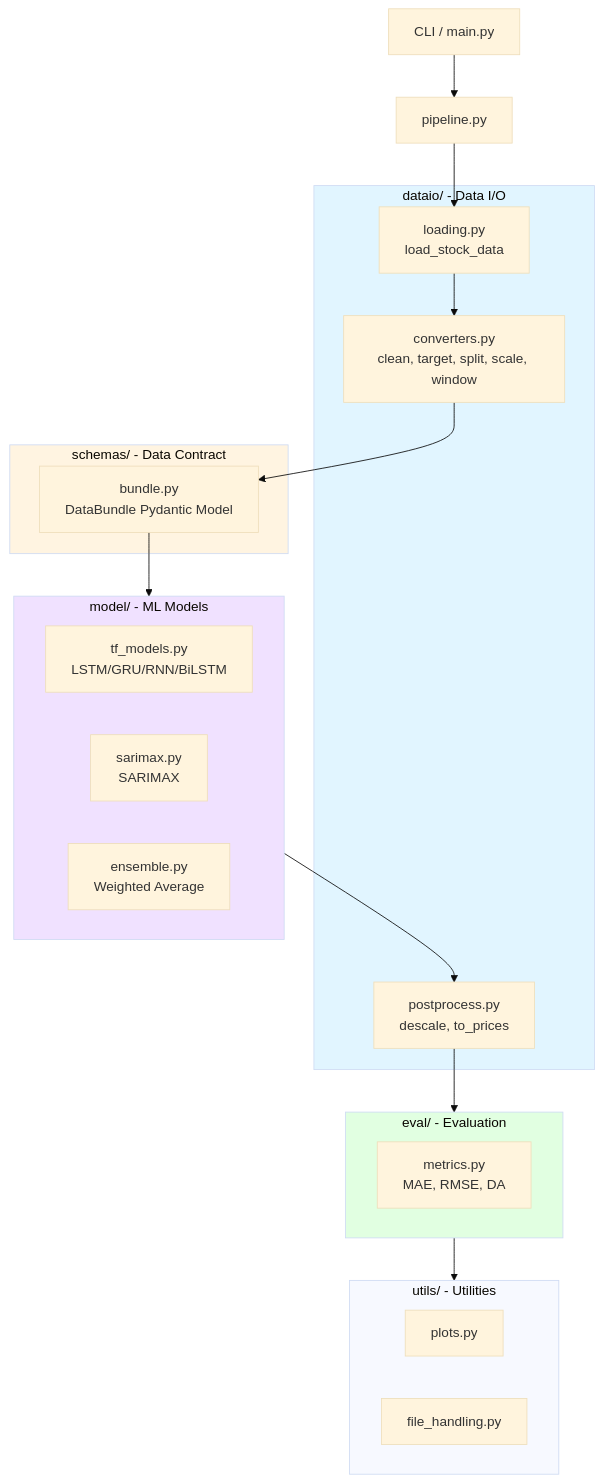
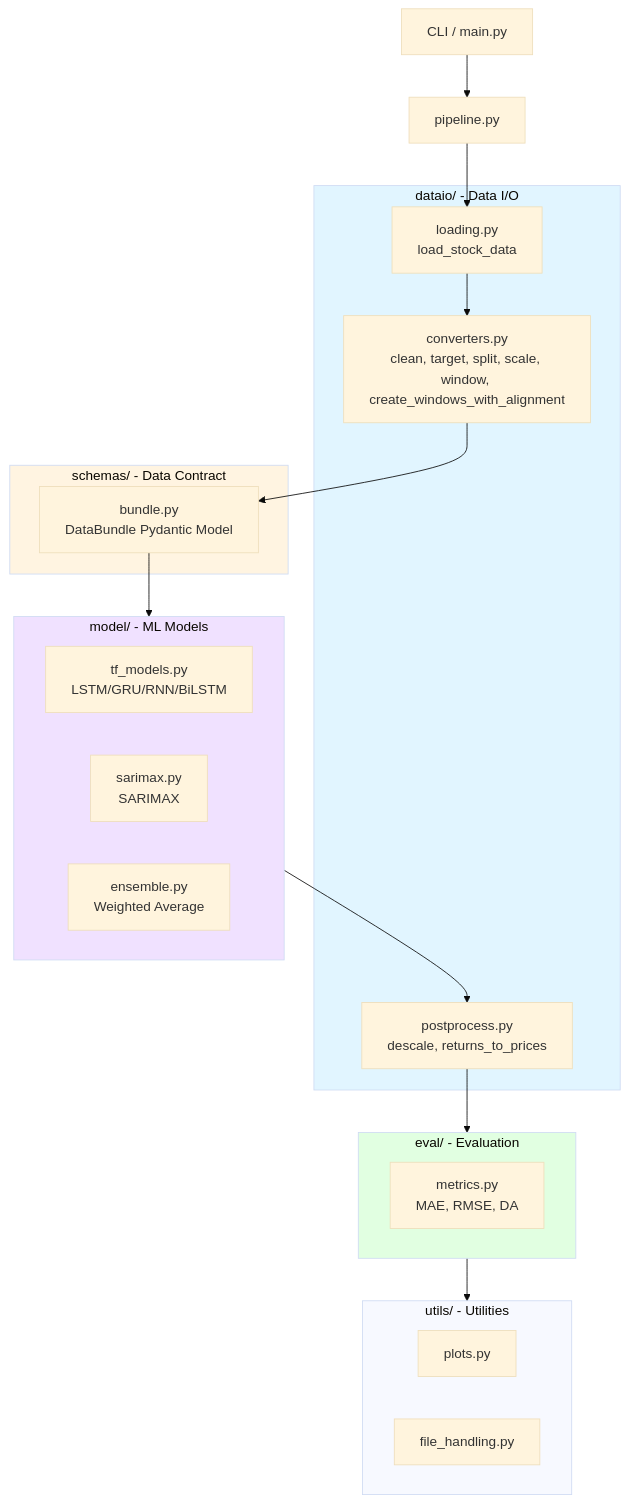
One commit to Leissha/stock_prediction changed the first of 3 diagrams in architecture.md. Above: the diagram before and after it, drawn with Mermaid (base theme). The commit also changed other lines of this file and 82 other files, not shown here.

````diff
--- a/architecture.md
+++ b/architecture.md
@@ -139,42 +50,42 @@
 ```mermaid
 graph TB
     CLI[CLI / main.py] --> PIPELINE[pipeline.py]
 
     subgraph DATAIO[dataio/ - Data I/O]
         LOAD[loading.py<br/>load_stock_data]
-        CONV[converters.py<br/>clean, target, split, scale, window]
-        POST[postprocess.py<br/>descale, to_prices]
+        CONV[converters.py<br/>clean, target, split, scale, window, create_windows_with_alignment]
+        POST[postprocess.py<br/>descale, returns_to_prices]
     end
 
     subgraph SCHEMAS[schemas/ - Data Contract]
         BUNDLE[bundle.py<br/>DataBundle Pydantic Model]
     end
 
     subgraph MODELS[model/ - ML Models]
         TF[tf_models.py<br/>LSTM/GRU/RNN/BiLSTM]
         SARIMA[sarimax.py<br/>SARIMAX]
         ENS[ensemble.py<br/>Weighted Average]
     end
 
     subgraph EVAL[eval/ - Evaluation]
         METRICS[metrics.py<br/>MAE, RMSE, DA]
     end
 
     subgraph UTILS[utils/ - Utilities]
         PLOTS[plots.py]
         FILES[file_handling.py]
     end
 
     PIPELINE --> LOAD
     LOAD --> CONV
     CONV --> BUNDLE
     BUNDLE --> MODELS
     MODELS --> POST
     POST --> EVAL
     EVAL --> UTILS
 
     style DATAIO fill:#e1f5ff
     style SCHEMAS fill:#fff4e1
     style MODELS fill:#f0e1ff
     style EVAL fill:#e1ffe1
 ```
````
